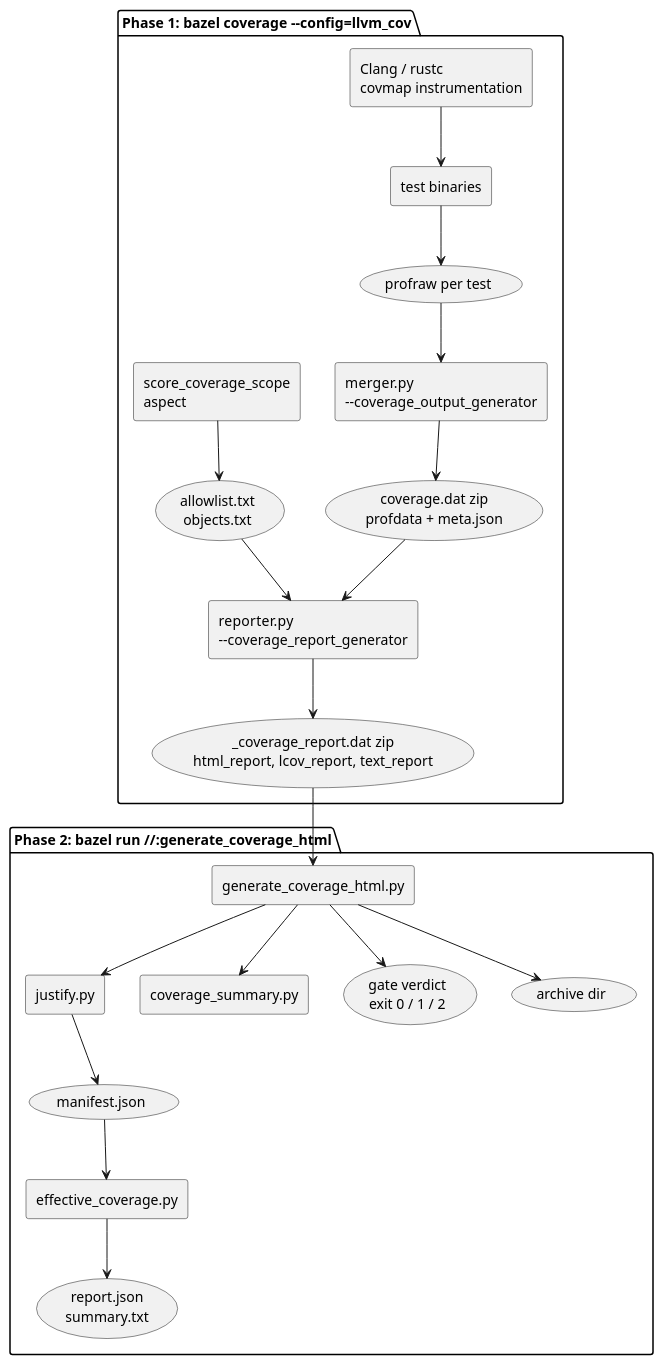
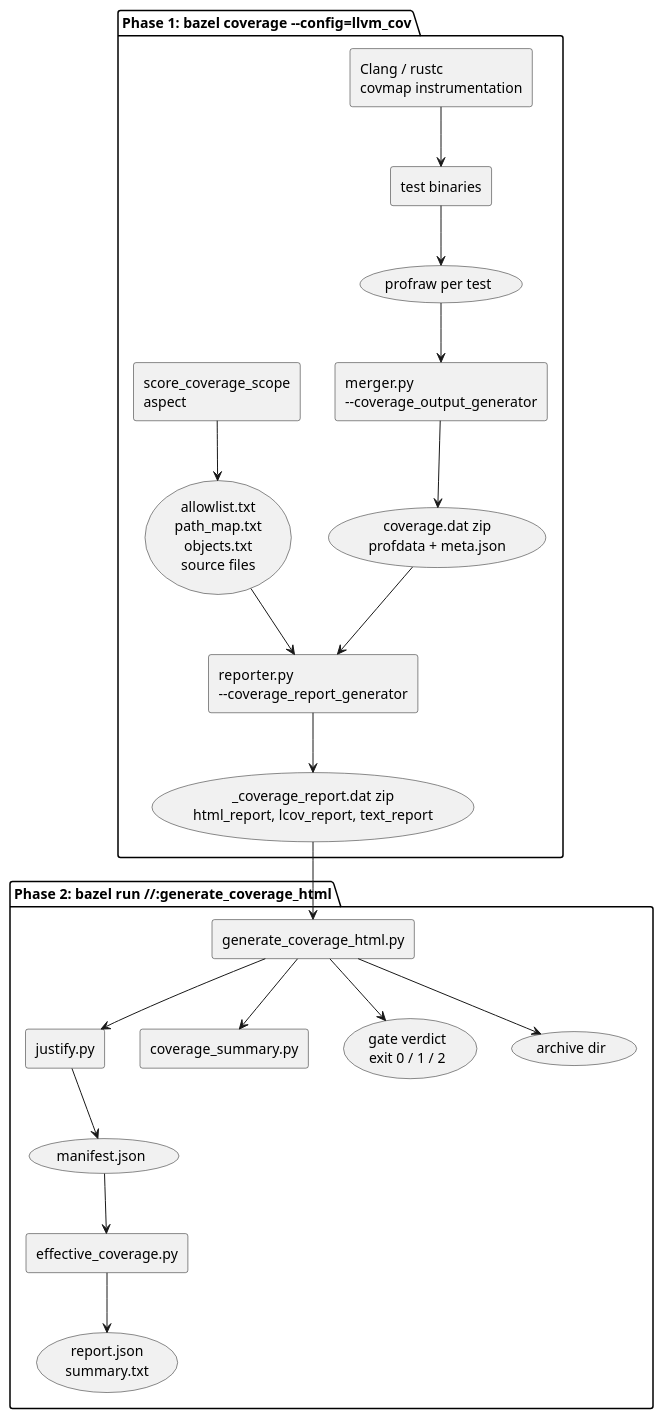
The diagram in docs/architecture/index.rst (eclipse-score/coverage_tool), drawn with PlantUML before and after one commit. The commit also changed other lines of this file and 32 other files, not shown here.

```diff
--- a/docs/architecture/index.rst
+++ b/docs/architecture/index.rst
@@ -30,25 +30,25 @@
 .. uml::
 
    @startuml
    skinparam componentStyle rectangle
    package "Phase 1: bazel coverage --config=llvm_cov" {
      [Clang / rustc\ncovmap instrumentation] --> [test binaries]
      [test binaries] --> (profraw per test)
      (profraw per test) --> [merger.py\n--coverage_output_generator]
      [merger.py\n--coverage_output_generator] --> (coverage.dat zip\nprofdata + meta.json)
-     [score_coverage_scope\naspect] --> (allowlist.txt\nobjects.txt)
+     [score_coverage_scope\naspect] --> (allowlist.txt\npath_map.txt\nobjects.txt\nsource files)
      (coverage.dat zip\nprofdata + meta.json) --> [reporter.py\n--coverage_report_generator]
-     (allowlist.txt\nobjects.txt) --> [reporter.py\n--coverage_report_generator]
+     (allowlist.txt\npath_map.txt\nobjects.txt\nsource files) --> [reporter.py\n--coverage_report_generator]
      [reporter.py\n--coverage_report_generator] --> (_coverage_report.dat zip\nhtml_report, lcov_report, text_report)
    }
    package "Phase 2: bazel run //:generate_coverage_html" {
      (_coverage_report.dat zip\nhtml_report, lcov_report, text_report) --> [generate_coverage_html.py]
      [generate_coverage_html.py] --> [justify.py]
      [justify.py] --> (manifest.json)
      (manifest.json) --> [effective_coverage.py]
      [effective_coverage.py] --> (report.json\nsummary.txt)
      [generate_coverage_html.py] --> [coverage_summary.py]
      [generate_coverage_html.py] --> (gate verdict\nexit 0 / 1 / 2)
      [generate_coverage_html.py] --> (archive dir)
    }
    @enduml
```
